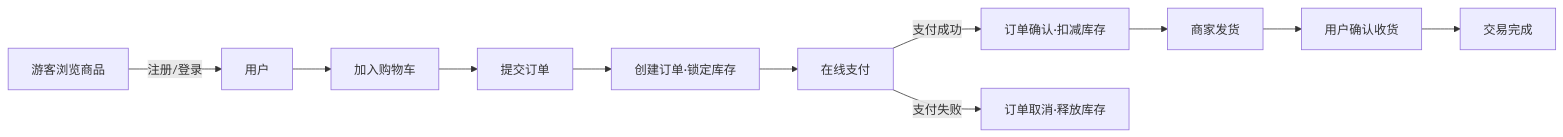
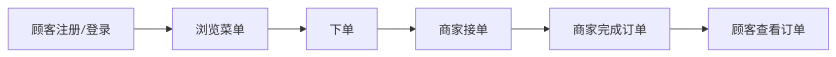
The first of 2 diagrams in README.md (XXkingzyy/microservices-practice-2412190221), drawn with Mermaid before and after one commit. The commit also changed other lines of this file and 1 other file, not shown here.

````diff
--- a/README.md
+++ b/README.md
@@ -39,13 +32,8 @@
 ```mermaid
 flowchart LR
-    A[游客浏览商品] -->|注册/登录| B[用户]
-    B --> C[加入购物车]
-    C --> D[提交订单]
-    D --> E[创建订单·锁定库存]
-    E --> F[在线支付]
-    F -->|支付成功| G[订单确认·扣减库存]
-    F -->|支付失败| H[订单取消·释放库存]
-    G --> I[商家发货]
-    I --> J[用户确认收货]
-    J --> K[交易完成]
+    A[顾客注册/登录] --> B[浏览菜单]
+    B --> C[下单]
+    C --> D[商家接单]
+    D --> E[商家完成订单]
+    E --> F[顾客查看订单]
 ```
````
